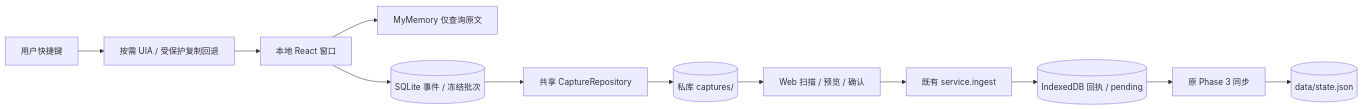
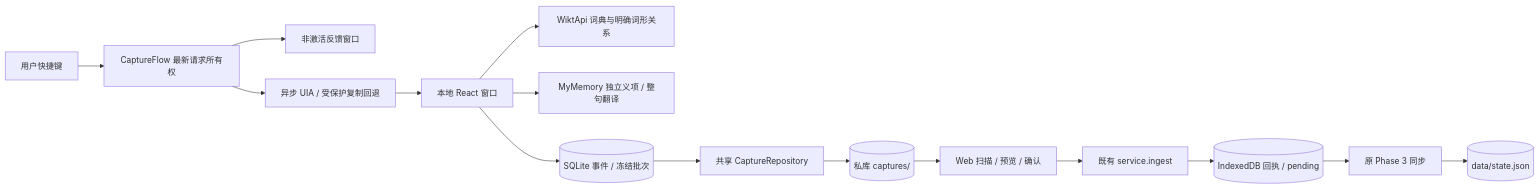
The second of 2 diagrams in docs/ARCHITECTURE.md (Polar0216/polar-vocab), drawn with Mermaid before and after one commit. The commit also changed other lines of this file and 88 other files, not shown here.

Commit message:
feat: integrate Capture 0.6 sentence dictionary and secure authorization

````diff
--- a/docs/ARCHITECTURE.md
+++ b/docs/ARCHITECTURE.md
@@ -83,14 +83,17 @@
 ```mermaid
 flowchart LR
- Selection[用户快捷键] --> Helper[按需 UIA / 受保护复制回退]
+ Selection[用户快捷键] --> Flow[CaptureFlow 最新请求所有权]
+ Flow --> Feedback[非激活反馈窗口]
+ Flow --> Helper[异步 UIA / 受保护复制回退]
  Helper --> Window[本地 React 窗口]
- Window --> Provider[MyMemory 仅查询原文]
+ Window --> Dictionary[WiktApi 词典与明确词形关系]
+ Window --> Translation[MyMemory 独立义项 / 整句翻译]
  Window --> Queue[(SQLite 事件 / 冻结批次)]
  Queue --> CaptureAPI[共享 CaptureRepository]
  CaptureAPI --> Batches[(私库 captures/)]
  Batches --> Receive[Web 扫描 / 预览 / 确认]
  Receive --> Existing[既有 service.ingest]
  Existing --> DB[(IndexedDB 回执 / pending)]
  DB --> OriginalSync[原 Phase 3 同步]
  OriginalSync --> State[(data/state.json)]
 ```
````
